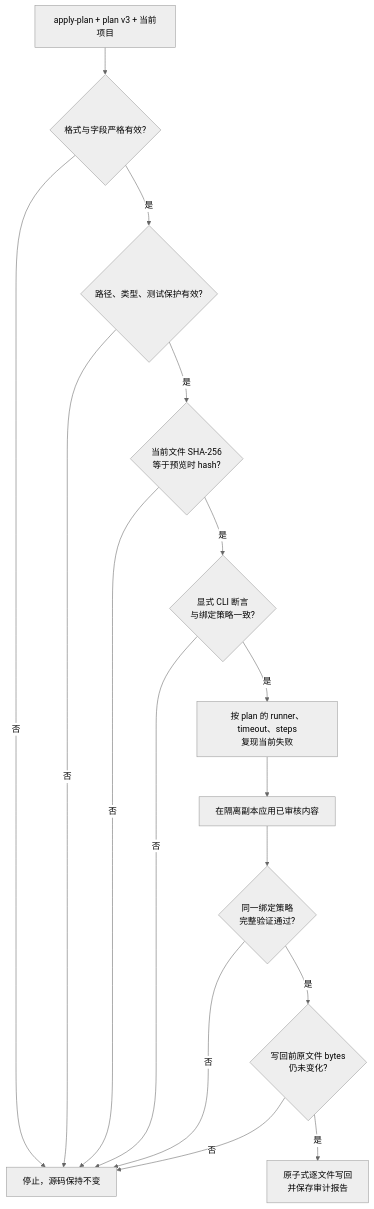
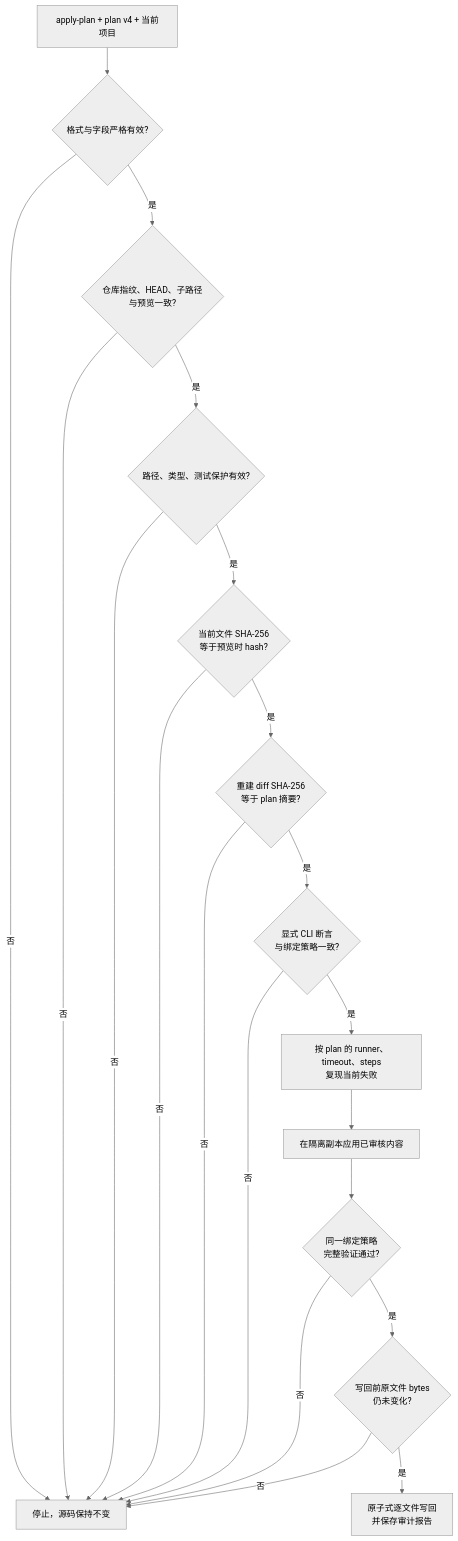
One commit to zhanghl-learner/docker-ollama-autofix changed the sixth of 7 diagrams in docs/ARCHITECTURE_ZH.md. Above: the diagram before and after it, drawn with Mermaid (neutral theme). The commit also changed other lines of this file and 14 other files, not shown here.

Commit message:
Bind repair plans to Git provenance and final diff

````diff
--- a/docs/ARCHITECTURE_ZH.md
+++ b/docs/ARCHITECTURE_ZH.md
@@ -541,30 +552,36 @@
 ```mermaid
 flowchart TD
-    INPUT[apply-plan + plan v3 + 当前项目]
+    INPUT[apply-plan + plan v4 + 当前项目]
     SCHEMA{格式与字段严格有效?}
+    PROVENANCE{仓库指纹、HEAD、子路径<br/>与预览一致?}
     PATHS{路径、类型、测试保护有效?}
     HASH{当前文件 SHA-256<br/>等于预览时 hash?}
+    DIFF{重建 diff SHA-256<br/>等于 plan 摘要?}
     ASSERT{显式 CLI 断言<br/>与绑定策略一致?}
     INITIAL[按 plan 的 runner、timeout、steps<br/>复现当前失败]
     APPLY[在隔离副本应用已审核内容]
     VERIFY{同一绑定策略<br/>完整验证通过?}
     RACE{写回前原文件 bytes<br/>仍未变化?}
     COMMIT[原子式逐文件写回<br/>并保存审计报告]
     STOP[停止，源码保持不变]
 
     INPUT --> SCHEMA
     SCHEMA -->|否| STOP
-    SCHEMA -->|是| PATHS
+    SCHEMA -->|是| PROVENANCE
+    PROVENANCE -->|否| STOP
+    PROVENANCE -->|是| PATHS
     PATHS -->|否| STOP
     PATHS -->|是| HASH
     HASH -->|否| STOP
-    HASH -->|是| ASSERT
+    HASH -->|是| DIFF
+    DIFF -->|否| STOP
+    DIFF -->|是| ASSERT
     ASSERT -->|否| STOP
     ASSERT -->|是| INITIAL
     INITIAL --> APPLY
     APPLY --> VERIFY
     VERIFY -->|否| STOP
     VERIFY -->|是| RACE
     RACE -->|否| STOP
     RACE -->|是| COMMIT
 ```
````
